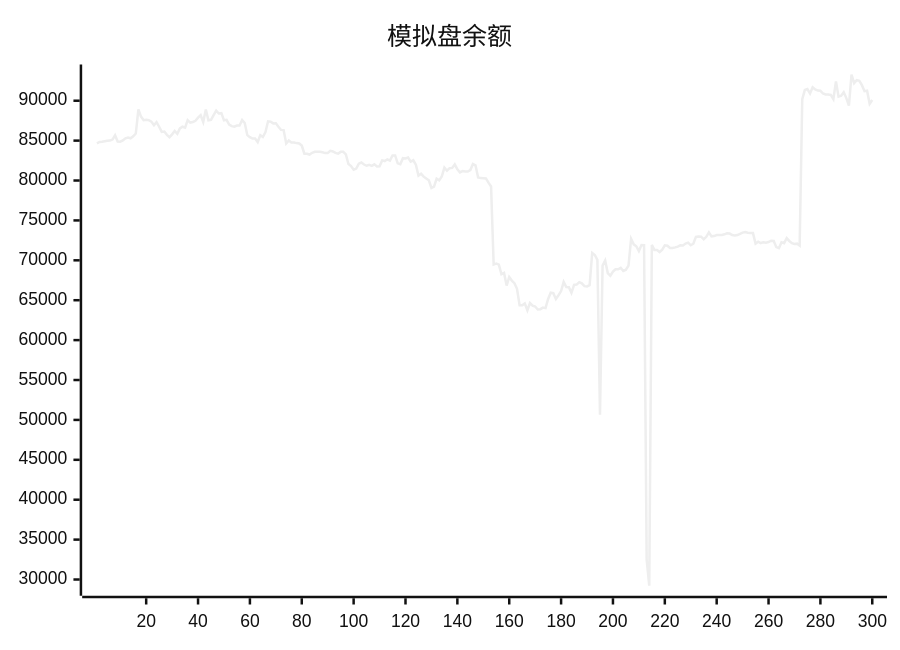
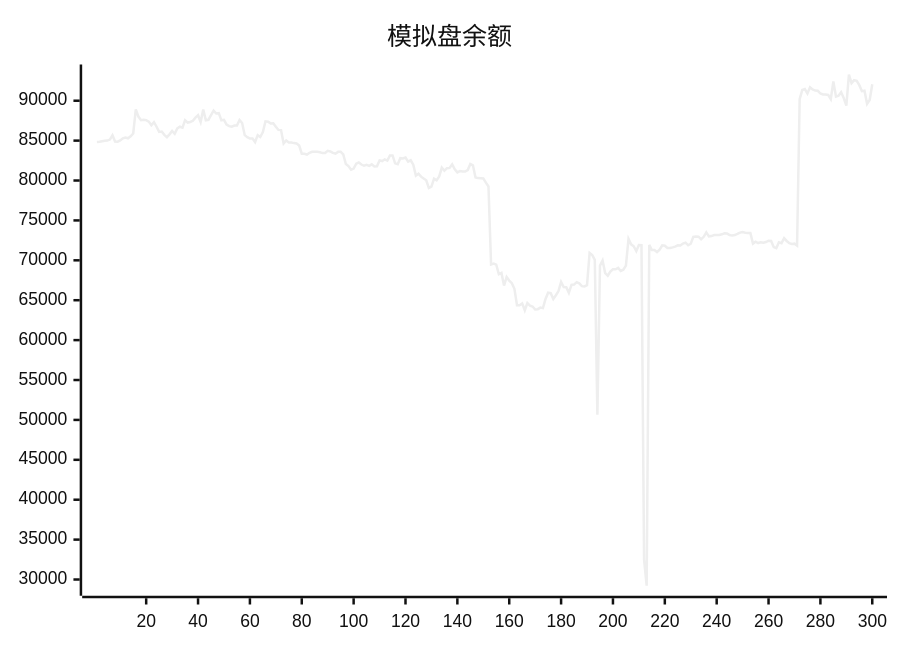
Before and after one commit to aahl/ai-trading: the diagram in README.md, drawn with Mermaid (neutral theme). The commit also changed other lines of this file and 1 other file, not shown here.

````diff
--- a/README.md
+++ b/README.md
@@ -5,5 +5,5 @@
 ```mermaid
 xychart
     title "模拟盘余额"
-    line [84668,84834,84850,84916,84981,85004,85131,85674,84891,84864,85019,85284,85393,85294,85538,85894,88904,88012,87567,87625,87568,87386,86920,87313,86737,86094,86143,85725,85437,85787,86219,85859,86526,86740,86630,87563,87264,87335,87483,87886,88180,87335,88894,87544,87608,88207,88755,88401,88444,87543,87608,87000,86810,86740,86894,86884,87576,87209,85686,85435,85251,85255,84820,85689,85453,86066,87420,87373,87161,87178,86740,86341,86315,84643,85012,84772,84768,84690,84635,84376,83360,83357,83259,83474,83608,83606,83602,83548,83440,83454,83724,83644,83464,83365,83590,83592,83275,82072,81806,81344,81492,82109,82254,82006,81848,81955,81829,82022,81769,81776,82522,82441,82656,82498,83144,83144,82150,82038,82797,82763,82872,82367,82536,81981,80612,80862,80484,80242,80034,79063,79245,80226,80016,80507,81625,81233,81544,81578,82016,81401,81019,81186,81130,81118,81306,82066,81909,80392,80304,80291,80258,79729,79261,69466,69579,69456,68251,68415,66832,67911,67462,67144,66432,64380,64375,64606,63740,64647,64324,64216,63842,63877,64078,64008,65156,65945,65888,65157,65625,66144,67284,66653,66639,65924,66925,66956,67263,67108,66766,66729,66886,70927,70673,70049,50652,69334,69973,68400,68061,68578,68876,68879,69055,68662,68822,69329,72687,71999,71760,71162,71911,71896,32500,29218,71927,71297,71305,71044,71337,71883,71822,71536,71536,71622,71723,71880,71860,72100,72216,71887,72077,72940,72976,72966,72638,72948,73497,73004,73041,73173,73160,73186,73258,73375,73351,73173,73098,73161,73305,73474,73536,73457,73413,73412,72100,72333,72164,72272,72204,72285,72461,72421,71652,71521,72267,72157,72774,72424,72144,72060,72091,71858,90185,91338,91466,90900,91678,91404,91268,91244,90903,90779,90787,90721,90187,92429,90518,90619,91070,90328,89376,93286,92202,92581,92485,91947,91196,91259,89619,90086]
+    line [84834,84850,84916,84981,85004,85131,85674,84891,84864,85019,85284,85393,85294,85538,85894,88904,88012,87567,87625,87568,87386,86920,87313,86737,86094,86143,85725,85437,85787,86219,85859,86526,86740,86630,87563,87264,87335,87483,87886,88180,87335,88894,87544,87608,88207,88755,88401,88444,87543,87608,87000,86810,86740,86894,86884,87576,87209,85686,85435,85251,85255,84820,85689,85453,86066,87420,87373,87161,87178,86740,86341,86315,84643,85012,84772,84768,84690,84635,84376,83360,83357,83259,83474,83608,83606,83602,83548,83440,83454,83724,83644,83464,83365,83590,83592,83275,82072,81806,81344,81492,82109,82254,82006,81848,81955,81829,82022,81769,81776,82522,82441,82656,82498,83144,83144,82150,82038,82797,82763,82872,82367,82536,81981,80612,80862,80484,80242,80034,79063,79245,80226,80016,80507,81625,81233,81544,81578,82016,81401,81019,81186,81130,81118,81306,82066,81909,80392,80304,80291,80258,79729,79261,69466,69579,69456,68251,68415,66832,67911,67462,67144,66432,64380,64375,64606,63740,64647,64324,64216,63842,63877,64078,64008,65156,65945,65888,65157,65625,66144,67284,66653,66639,65924,66925,66956,67263,67108,66766,66729,66886,70927,70673,70049,50652,69334,69973,68400,68061,68578,68876,68879,69055,68662,68822,69329,72687,71999,71760,71162,71911,71896,32500,29218,71927,71297,71305,71044,71337,71883,71822,71536,71536,71622,71723,71880,71860,72100,72216,71887,72077,72940,72976,72966,72638,72948,73497,73004,73041,73173,73160,73186,73258,73375,73351,73173,73098,73161,73305,73474,73536,73457,73413,73412,72100,72333,72164,72272,72204,72285,72461,72421,71652,71521,72267,72157,72774,72424,72144,72060,72091,71858,90185,91338,91466,90900,91678,91404,91268,91244,90903,90779,90787,90721,90187,92429,90518,90619,91070,90328,89376,93286,92202,92581,92485,91947,91196,91259,89619,90086,92063]
 ```
````
